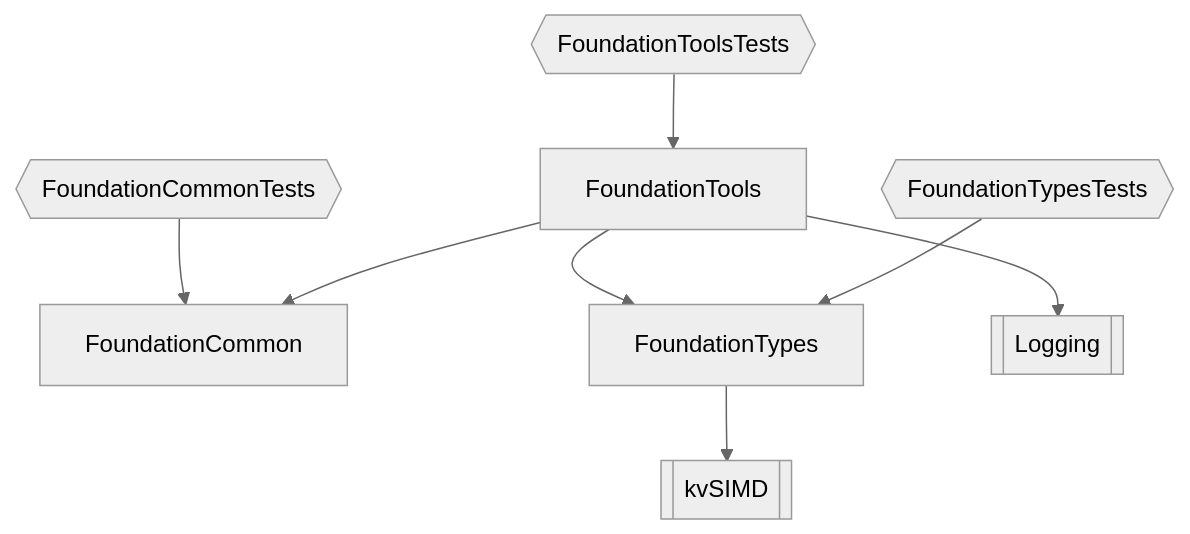
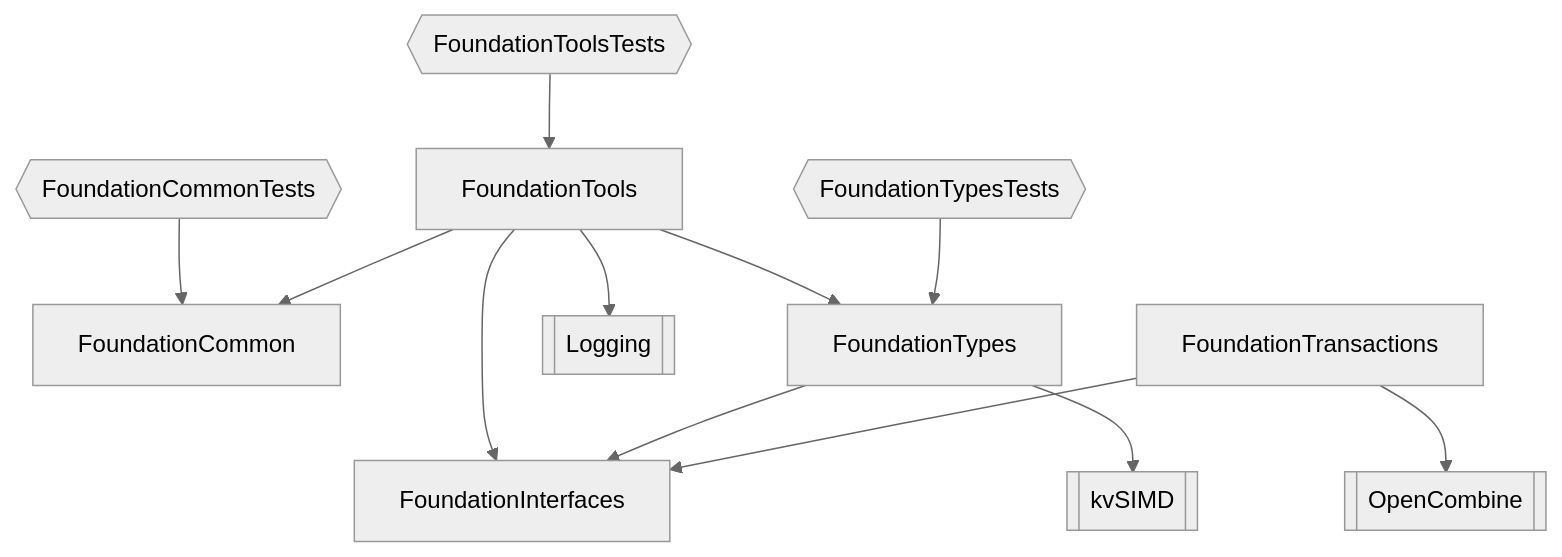
One commit to kopecn/spmFoundationTools changed the diagram in readme.md. Above: the diagram before and after it, drawn with Mermaid (neutral theme). The commit also changed 35 other files, not shown here.

````diff
--- a/readme.md
+++ b/readme.md
@@ -8,11 +8,16 @@
 ```mermaid
 flowchart TD
     FoundationCommon
+    FoundationInterfaces
     FoundationCommonTests{{FoundationCommonTests}}-->FoundationCommon
     FoundationTools-->FoundationCommon
     FoundationTools-->FoundationTypes
+    FoundationTools-->FoundationInterfaces
     FoundationTools-->Logging[[Logging]]
     FoundationToolsTests{{FoundationToolsTests}}-->FoundationTools
+    FoundationTypes-->FoundationInterfaces
     FoundationTypes-->kvSIMD[[kvSIMD]]
     FoundationTypesTests{{FoundationTypesTests}}-->FoundationTypes
+    FoundationTransactions-->FoundationInterfaces
+    FoundationTransactions-->OpenCombine[[OpenCombine]]
 ```
````
